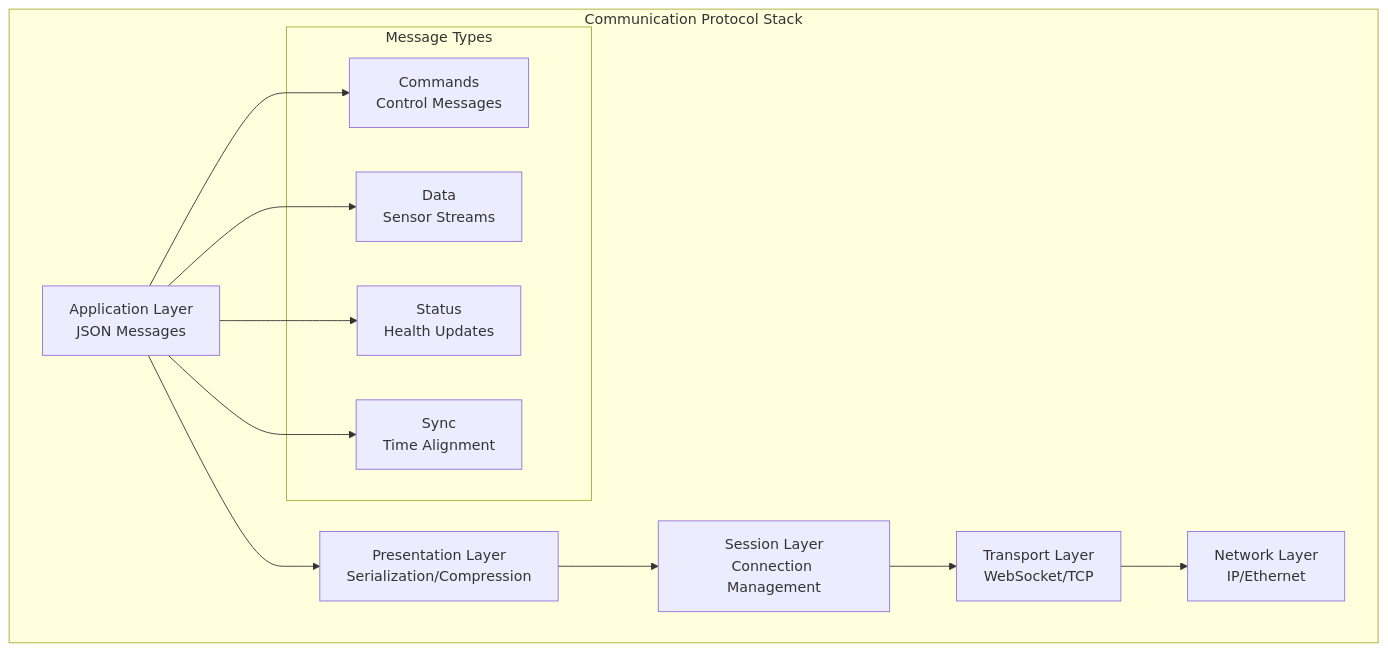
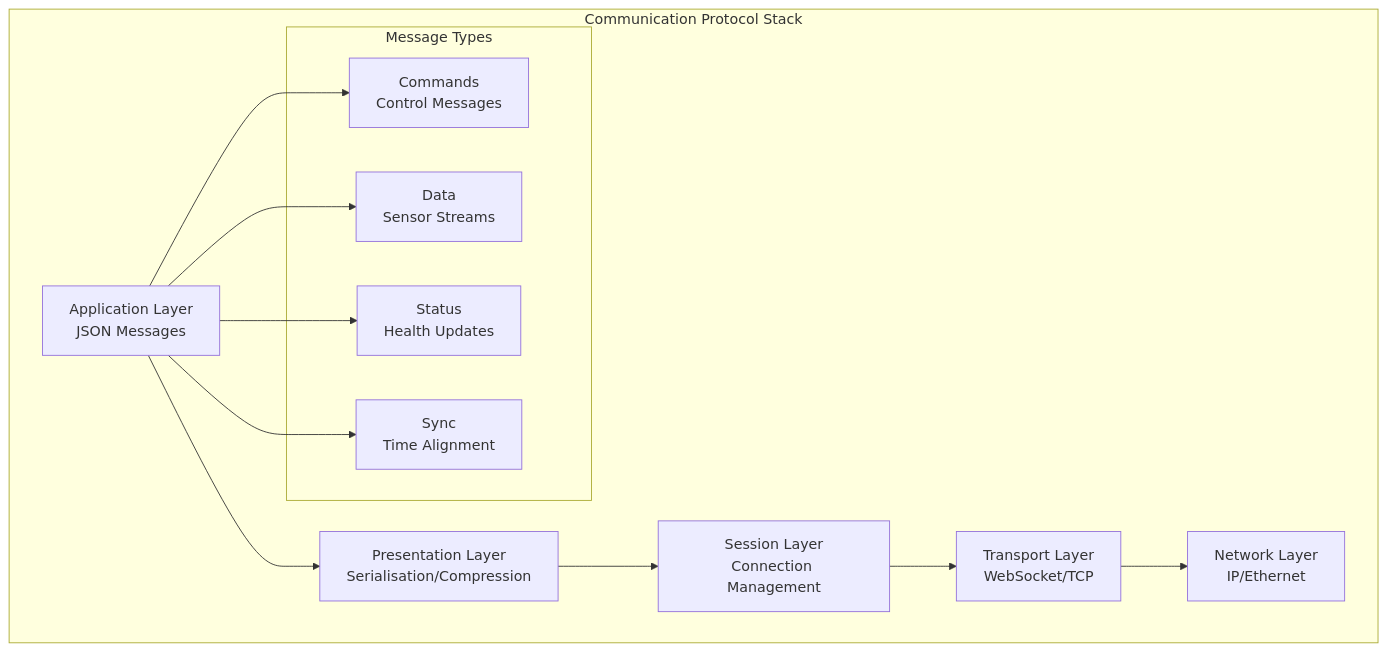
The ninth of 11 diagrams in PythonApp/README.md (buccancs/fyp-multi-sensor-recording-system), drawn with Mermaid before and after one commit. The commit also changed other lines of this file and 56 other files, not shown here.

````diff
--- a/PythonApp/README.md
+++ b/PythonApp/README.md
@@ -1176,27 +1176,27 @@
 ```mermaid
 graph TB
     subgraph "Communication Protocol Stack"
         APP[Application Layer<br/>JSON Messages]
-        PRES[Presentation Layer<br/>Serialization/Compression]
+        PRES[Presentation Layer<br/>Serialisation/Compression]
         SESS[Session Layer<br/>Connection Management]
         TRANS[Transport Layer<br/>WebSocket/TCP]
         NET[Network Layer<br/>IP/Ethernet]
         
         APP --> PRES
         PRES --> SESS
         SESS --> TRANS
         TRANS --> NET
         
         subgraph "Message Types"
             CMD[Commands<br/>Control Messages]
             DATA[Data<br/>Sensor Streams]
             STATUS[Status<br/>Health Updates]
             SYNC[Sync<br/>Time Alignment]
         end
         
         APP --> CMD
         APP --> DATA
         APP --> STATUS
         APP --> SYNC
     end
 ```
````
